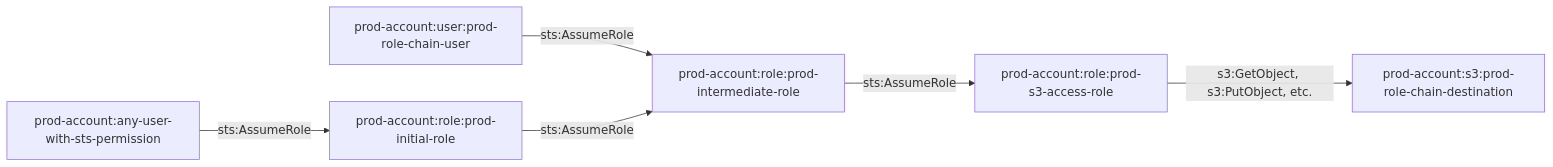
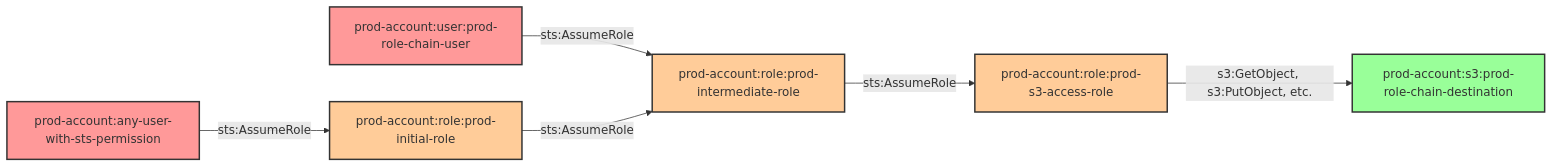
The diagram in modules/scenarios/single-account/privesc-multi-hop/to-bucket/role-chain-to-s3/README.md (DataDog/pathfinding-labs), drawn with Mermaid before and after one commit. The commit also changed other lines of this file and 109 other files, not shown here.

````diff
--- a/modules/scenarios/single-account/privesc-multi-hop/to-bucket/role-chain-to-s3/README.md
+++ b/modules/scenarios/single-account/privesc-multi-hop/to-bucket/role-chain-to-s3/README.md
@@ -18,17 +44,24 @@
 ```mermaid
 graph LR
     %% Nodes
     ProdAccount[prod-account:any-user-with-sts-permission]
     ChainUser[prod-account:user:prod-role-chain-user]
     InitialRole[prod-account:role:prod-initial-role]
     IntermediateRole[prod-account:role:prod-intermediate-role]
     S3AccessRole[prod-account:role:prod-s3-access-role]
     S3Bucket[prod-account:s3:prod-role-chain-destination]
 
     %% Edges
     ProdAccount -->|sts:AssumeRole| InitialRole
     ChainUser -->|sts:AssumeRole| IntermediateRole
     InitialRole -->|sts:AssumeRole| IntermediateRole
     IntermediateRole -->|sts:AssumeRole| S3AccessRole
     S3AccessRole -->|s3:GetObject, s3:PutObject, etc.| S3Bucket
+
+    style ProdAccount fill:#ff9999,stroke:#333,stroke-width:2px
+    style ChainUser fill:#ff9999,stroke:#333,stroke-width:2px
+    style InitialRole fill:#ffcc99,stroke:#333,stroke-width:2px
+    style IntermediateRole fill:#ffcc99,stroke:#333,stroke-width:2px
+    style S3AccessRole fill:#ffcc99,stroke:#333,stroke-width:2px
+    style S3Bucket fill:#99ff99,stroke:#333,stroke-width:2px
 ```
````
